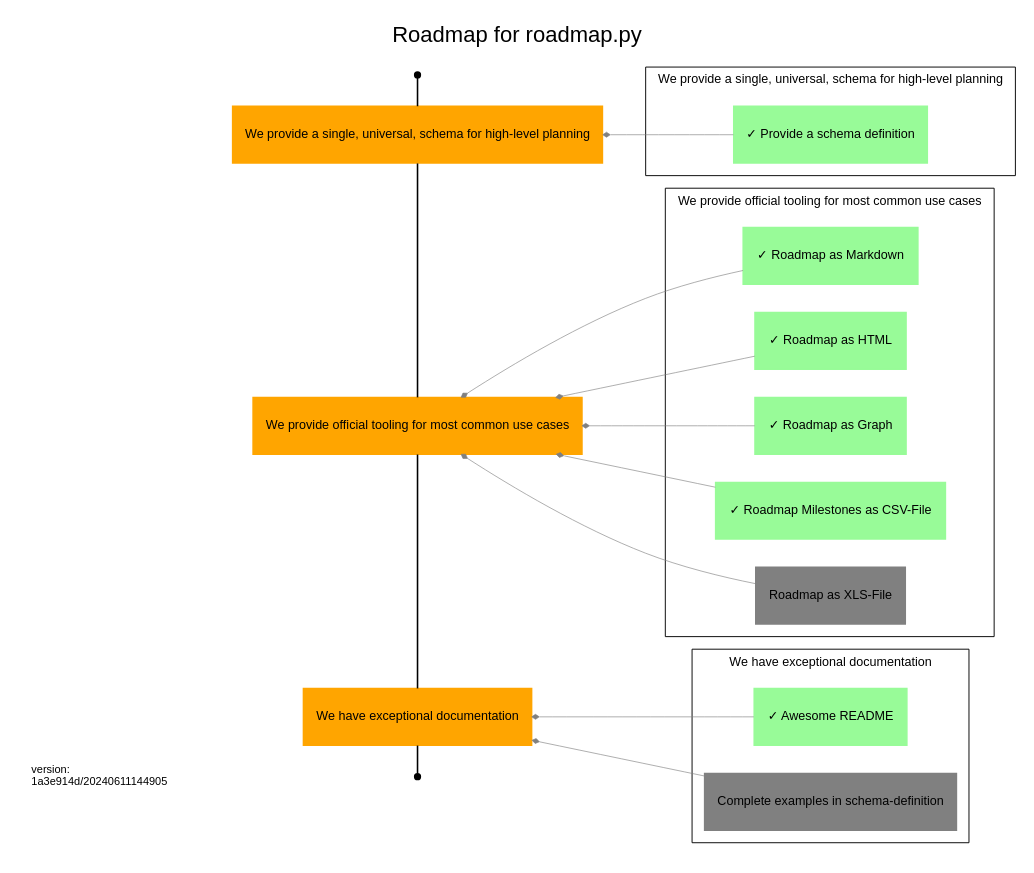
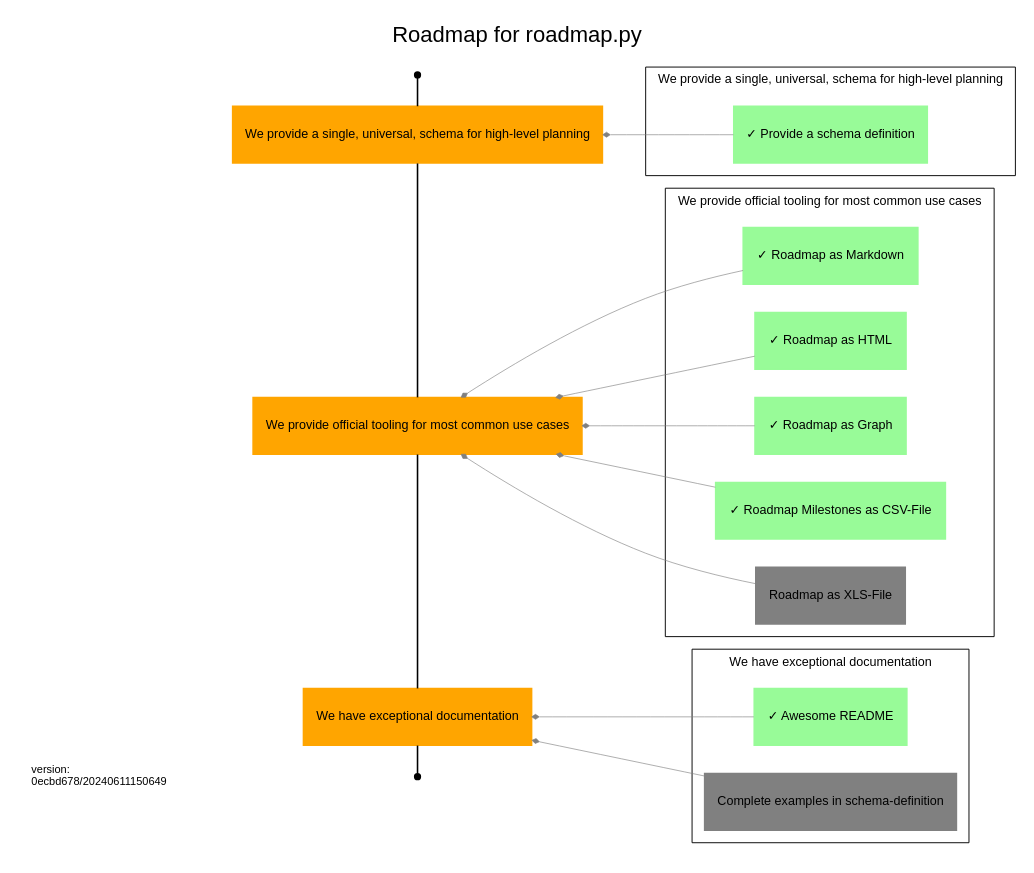
Before and after one commit to uroflavin/roadmap: the diagram in roadmap/roadmap.dot, drawn with Graphviz. The commit also changed 9 other files, not shown here.

```diff
--- a/roadmap/roadmap.dot
+++ b/roadmap/roadmap.dot
@@ -1,143 +1,143 @@
 digraph Roadmap {
   rankdir=RL;
   label="Roadmap for roadmap.py"
   tooltip="This is the planning roadmap for the [uroflavin/roadmap](https://github.com/uroflavin/roadmap) project. 
 It acts as both the plan for implementing this tool as well as a demonstration of what a roadmap might look like.
 
 One good example is this roadmap itself. 
 What to-do and what is already done to implement roadmap.py can you see in this picture.
 
 ![Roadmap Objectives and Keyresults, rendered from roadmap.yml](roadmap.dot.png)
 
 One of the things you'll immediately notice about this file is that it uses *Markdown* for formatting of text and is designed around a structured YAML schema. 
 The goal is to make this as easy as possible for humans to read and reason about, while also enabling powerful visualizations to be generated based on the content.
 ";
   fontname="Arial";
   labelloc="t";
 
   node[style="filled",shape="rectangle",color="orange",fontname="Arial",fontsize=8];
   edge[weight=1,group="milestones",arrowhead="none"];
 
   {
 	rank=same;
 
 	start[label="Start",shape="point",color="",tooltip="This is the start of your roadmap."];
     end[label="End",shape="point",color="",tooltip="This is the end of your roadmap."];
     
     
     o1 [label="We provide a single, universal, schema for high-level planning",tooltip="The goal of this project is, primarily, to provide a single schema that can be used by different teams to describe the work they are doing and their future intentions. 
 The usefulness and applicability of this schema to real-world problem domains will determine whether anything else we do here is of value.
 "];
         
             "start" -> o1;
         
     o2 [label="We provide official tooling for most common use cases",tooltip="While the goal of having a single unified schema for planning is that it enables the development of tools that automate various aspects of planning, most teams are not going to adopt this if the fundamentals aren't already solved for them. 
 This includes things like being able to visualize your road map in common formats, validating it against the schema etc.
 "];
         
             o1 -> o2;
         
     o3 [label="We have exceptional documentation",tooltip="Adoption of something intended to make planning easier is only going to be successful if it is easy to use, and a critical part of that is great documentation. 
 Our goal is that someone with no familiarity with our tooling can ramp up and have an initial road map ready for use within only a few minutes.
 "];
         
             o2 -> o3;
         
             o3 -> "end" ;
         }
   node[color="grey"];
   edge[weight=5,color="grey",penwidth=0.4,arrowsize=0.4,group="dependencies",arrowhead="diamond"];
 
   
         
         subgraph cluster_o1 {
             label="We provide a single, universal, schema for high-level planning";
             tooltip="The goal of this project is, primarily, to provide a single schema that can be used by different teams to describe the work they are doing and their future intentions. 
 The usefulness and applicability of this schema to real-world problem domains will determine whether anything else we do here is of value.
 ";
             fontsize=8;
             penwidth=0.6;
             
                 
                 
                     
                 o1_r1 [label="✓ Provide a schema definition",tooltip="Develop a schema that fulfills the main requirements of the objective",color="palegreen"];
                 o1_r1 -> o1;
             }
     
         
         subgraph cluster_o2 {
             label="We provide official tooling for most common use cases";
             tooltip="While the goal of having a single unified schema for planning is that it enables the development of tools that automate various aspects of planning, most teams are not going to adopt this if the fundamentals aren't already solved for them. 
 This includes things like being able to visualize your road map in common formats, validating it against the schema etc.
 ";
             fontsize=8;
             penwidth=0.6;
             
                 
                 
                     
                 o2_r1 [label="✓ Roadmap as Markdown",tooltip="We should be able to generate some markdown out of roadmap.yml
 ",color="palegreen"];
                 o2_r1 -> o2;
             
                 
                 
                     
                 o2_r2 [label="✓ Roadmap as HTML",tooltip="We should be able to generate some html out of roadmap.yml
 ",color="palegreen"];
                 o2_r2 -> o2;
             
                 
                 
                     
                 o2_r3 [label="✓ Roadmap as Graph",tooltip="We should be able to generate some dot out of roadmap.yml
 ",color="palegreen"];
                 o2_r3 -> o2;
             
                 
                 
                     
                 o2_r4 [label="✓ Roadmap Milestones as CSV-File",tooltip="Excel is THE projectmanagement tool. 
 To render some progress in your favorite tool ;-) we should be able to generate some csv out of roadmap.yml-milestone and deliverables.
 CSV is limited capable for exporting everything, so this would be a good first step towards Roadmap als XLS-File.
 ",color="palegreen"];
                 o2_r4 -> o2;
             
                 
                 
                     
                 o2_r5 [label="Roadmap as XLS-File",tooltip="We should be able to generate some xls out of roadmap.yml
 ",color="grey"];
                 o2_r5 -> o2;
             }
     
         
         subgraph cluster_o3 {
             label="We have exceptional documentation";
             tooltip="Adoption of something intended to make planning easier is only going to be successful if it is easy to use, and a critical part of that is great documentation. 
 Our goal is that someone with no familiarity with our tooling can ramp up and have an initial road map ready for use within only a few minutes.
 ";
             fontsize=8;
             penwidth=0.6;
             
                 
                 
                     
                 o3_r1 [label="✓ Awesome README",tooltip="We need to complete our README explaining the purpose of this project and giving some basic examples of its use.
 ",color="palegreen"];
                 o3_r1 -> o3;
             
                 
                 
                     
                 o3_r2 [label="Complete examples in schema-definition",tooltip="Complete the examples so that every user of the schema is able to find suitable examples for their specific use cases",color="grey"];
                 o3_r2 -> o3;
             }
     subgraph footer {
                 {
                     rank="sink"; 
-                    footer [fontsize=7 shape="box" color="white" label="version:\l1a3e914d/20240611144905\l"];
+                    footer [fontsize=7 shape="box" color="white" label="version:\l0ecbd678/20240611150649\l"];
                 }
             }
 }
```
